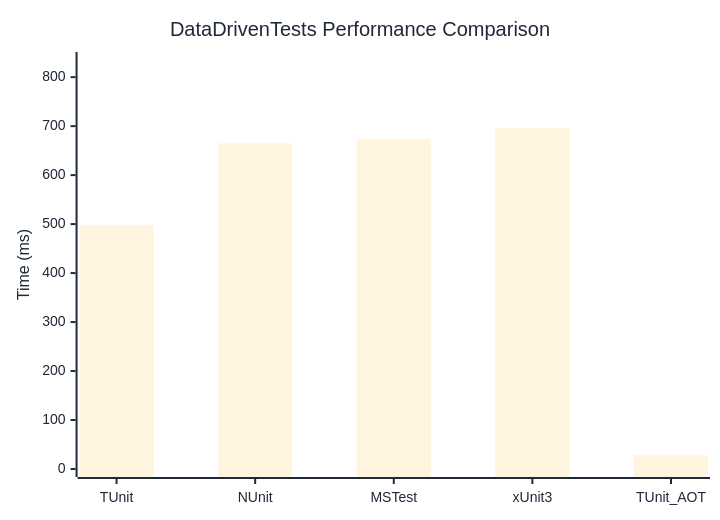
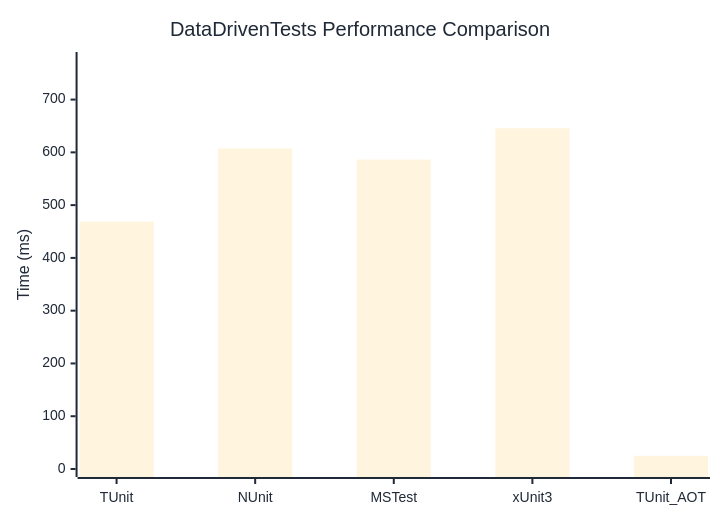
The diagram in docs/docs/benchmarks/DataDrivenTests.md (thomhurst/TUnit), drawn with Mermaid before and after one commit. The commit also changed other lines of this file and 17 other files, not shown here.

````diff
--- a/docs/docs/benchmarks/DataDrivenTests.md
+++ b/docs/docs/benchmarks/DataDrivenTests.md
@@ -27,37 +27,37 @@
 ```mermaid
 %%{init: {
   'theme':'base',
   'themeVariables': {
     'primaryColor': '#2563eb',
     'primaryTextColor': '#1f2937',
     'primaryBorderColor': '#1e40af',
     'lineColor': '#6b7280',
     'secondaryColor': '#7c3aed',
     'tertiaryColor': '#dc2626',
     'background': '#ffffff',
     'mainBkg': '#2563eb',
     'secondBkg': '#7c3aed',
     'tertiaryBkg': '#dc2626',
     'clusterBkg': '#f3f4f6',
     'edgeLabelBackground': '#ffffff',
     'tertiaryTextColor': '#1f2937',
     'pie1': '#2563eb',
     'pie2': '#7c3aed',
     'pie3': '#dc2626',
     'pie4': '#f59e0b',
     'pie5': '#10b981',
     'pie6': '#06b6d4',
     'pie7': '#ec4899',
     'pie8': '#6366f1',
     'pie9': '#84cc16',
     'pie10': '#f97316',
     'pie11': '#14b8a6',
     'pie12': '#a855f7'
   }
 }}%%
 xychart-beta
   title "DataDrivenTests Performance Comparison"
   x-axis ["TUnit", "NUnit", "MSTest", "xUnit3", "TUnit_AOT"]
-  y-axis "Time (ms)" 0 --> 835
-  bar [497.35, 664.8, 673.15, 695.56, 28.08]
+  y-axis "Time (ms)" 0 --> 775
+  bar [468.54, 607.3, 586.26, 645.65, 24.99]
 ```
````
